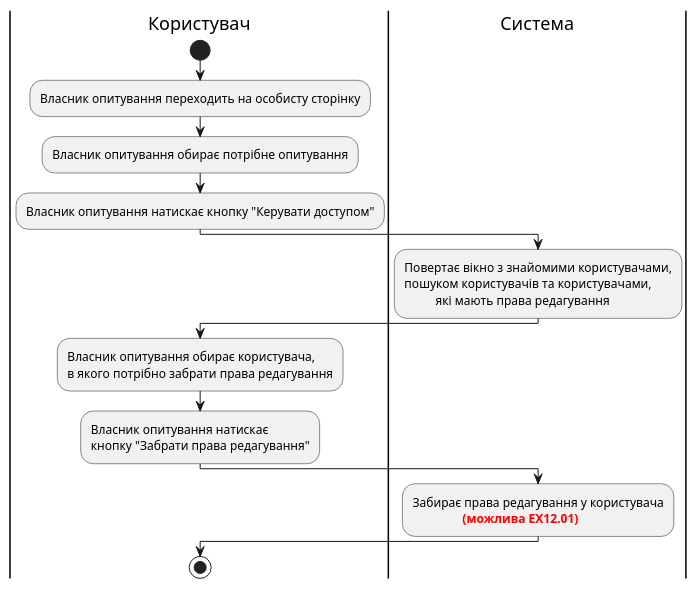
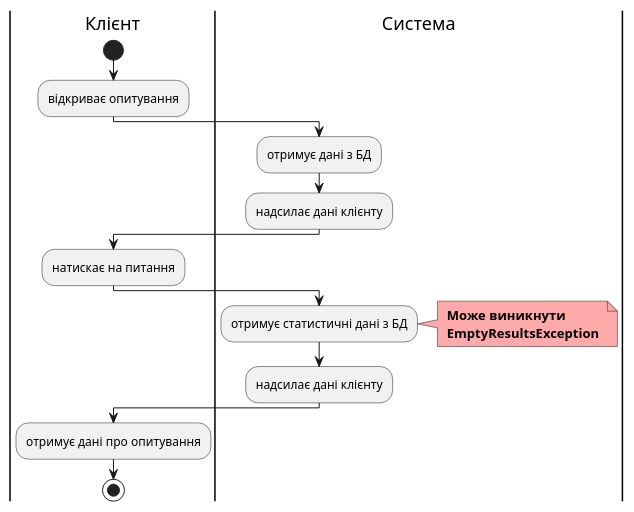
Before and after one commit to xivihwa/edu-db-cw-group1_violetta: diagram 15 of 15 in docs/use cases/README.md, drawn with PlantUML. The commit also changed other lines of this file, not shown here.

```diff
--- a/docs/use cases/README.md
+++ b/docs/use cases/README.md
@@ -461,22 +576,27 @@
 @startuml
 
-|Користувач|
-start;
-:Власник опитування переходить на особисту сторінку;
-:Власник опитування обирає потрібне опитування;
-:Власник опитування натискає кнопку "Керувати доступом";
-
-|Система|
-:Повертає вікно з знайомими користувачами,\nпошуком користувачів та користувачами,\n\t  які мають права редагування;
-
-|Користувач|
-:Власник опитування обирає користувача,\nв якого потрібно забрати права редагування;
-:Власник опитування натискає\nкнопку "Забрати права редагування";
-
-|Система|
-:Забирає права редагування у користувача\n\t\t<font color="red"><b>(можлива ЕХ12.01);
-
-|Користувач|
-stop;
+    |Клієнт| 
+    start; 
+    :відкриває опитування;  
+ 
+    |Система| 
+    :отримує дані з БД; 
+    :надсилає дані клієнту; 
+ 
+    |Клієнт| 
+    :натискає на питання; 
+ 
+ 
+    |Система| 
+    :отримує статистичні дані з БД; 
+    note right #ffaaaa 
+    <b> Може виникнути 
+    <b> EmptyResultsException 
+    end note 
+    :надсилає дані клієнту; 
+ 
+    |Клієнт|
+    :отримує дані про опитування; 
+    stop; 
 
 @enduml
```
